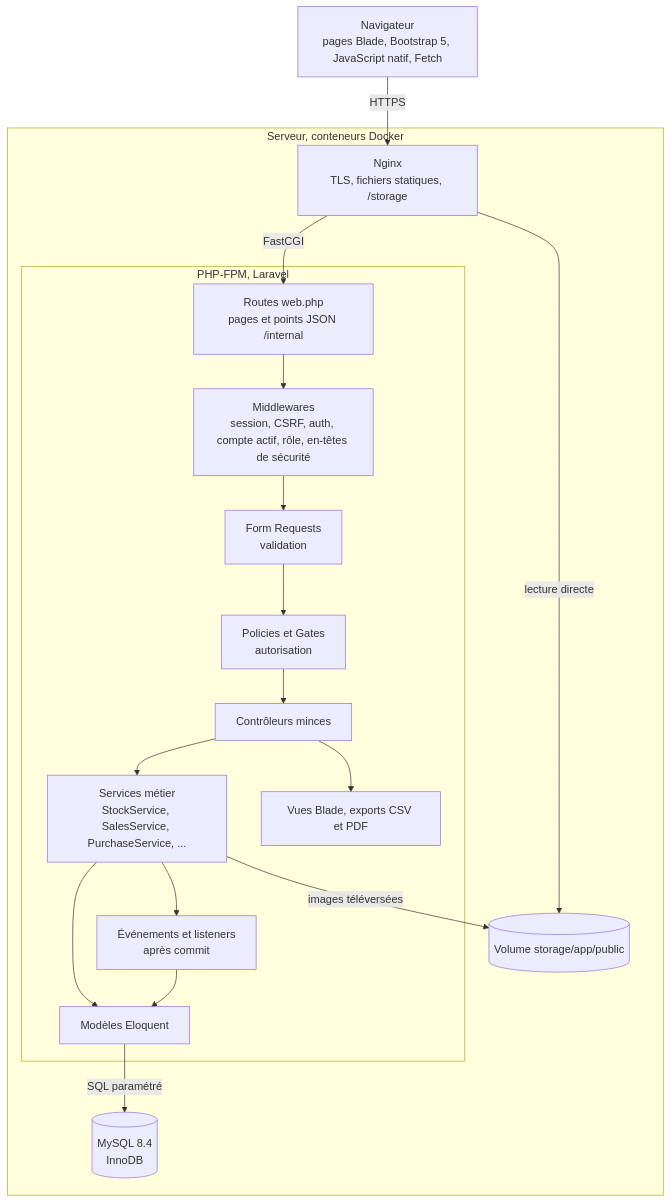
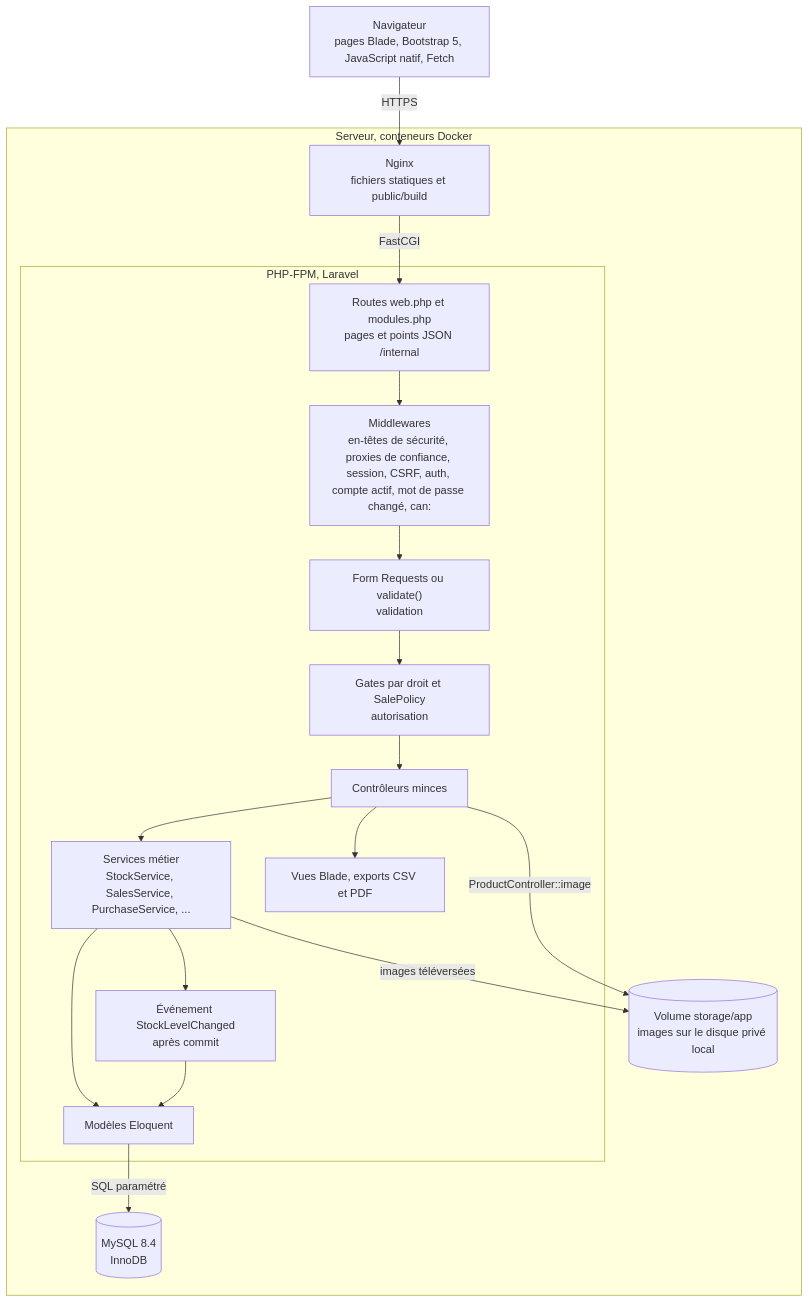
Before and after one commit to ivan9802/StockfLow: the second of 7 diagrams in docs/02-architecture/system-architecture.md, drawn with Mermaid. The commit also changed other lines of this file and 15 other files, not shown here.

````diff
--- a/docs/02-architecture/system-architecture.md
+++ b/docs/02-architecture/system-architecture.md
@@ -37,33 +39,33 @@
 ```mermaid
 flowchart TB
     browser["Navigateur<br/>pages Blade, Bootstrap 5, JavaScript natif, Fetch"]
 
     subgraph server["Serveur, conteneurs Docker"]
-        nginx["Nginx<br/>TLS, fichiers statiques, /storage"]
+        nginx["Nginx<br/>fichiers statiques et public/build"]
         subgraph laravel["PHP-FPM, Laravel"]
-            routes["Routes web.php<br/>pages et points JSON /internal"]
-            mw["Middlewares<br/>session, CSRF, auth, compte actif, rôle, en-têtes de sécurité"]
-            fr["Form Requests<br/>validation"]
-            pol["Policies et Gates<br/>autorisation"]
+            routes["Routes web.php et modules.php<br/>pages et points JSON /internal"]
+            mw["Middlewares<br/>en-têtes de sécurité, proxies de confiance, session, CSRF, auth, compte actif, mot de passe changé, can:"]
+            fr["Form Requests ou validate()<br/>validation"]
+            pol["Gates par droit et SalePolicy<br/>autorisation"]
             ctrl["Contrôleurs minces"]
             svc["Services métier<br/>StockService, SalesService, PurchaseService, ..."]
             models["Modèles Eloquent"]
-            events["Événements et listeners<br/>après commit"]
+            events["Événement StockLevelChanged<br/>après commit"]
             views["Vues Blade, exports CSV et PDF"]
         end
         mysql[("MySQL 8.4<br/>InnoDB")]
-        files[("Volume storage/app/public")]
+        files[("Volume storage/app<br/>images sur le disque privé local")]
     end
 
     browser -->|"HTTPS"| nginx
     nginx -->|"FastCGI"| routes
-    nginx -->|"lecture directe"| files
     routes --> mw --> fr --> pol --> ctrl
     ctrl --> svc
     svc --> models
     models -->|"SQL paramétré"| mysql
     svc --> events
     events --> models
     ctrl --> views
     svc -->|"images téléversées"| files
+    ctrl -->|"ProductController::image"| files
 ```
````
